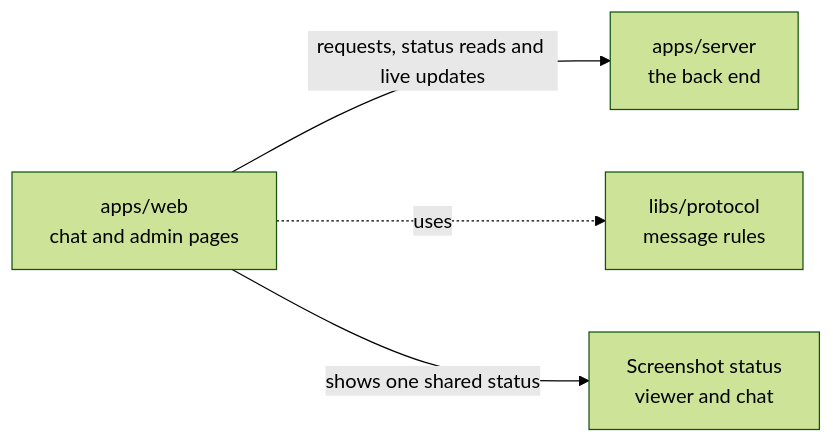
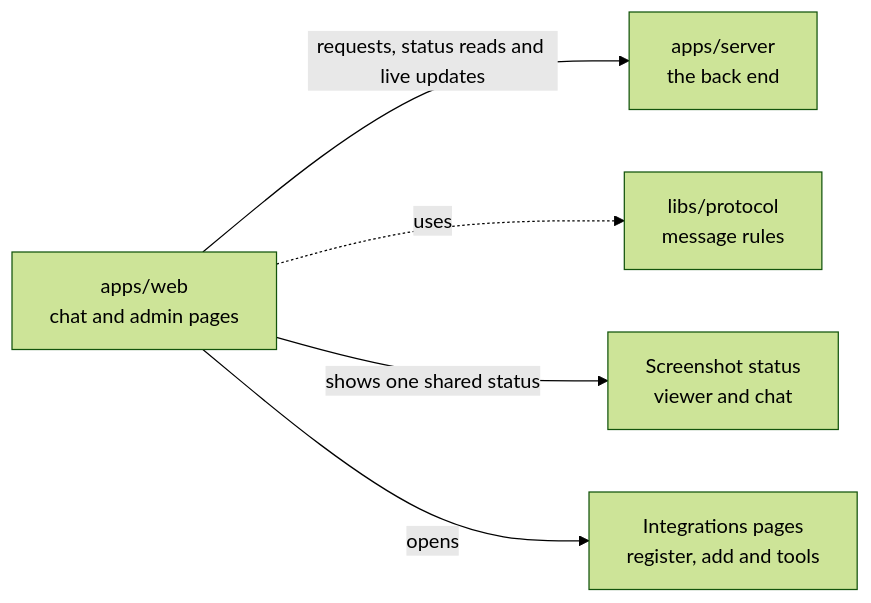
Before and after one commit to elewa-git/opencrane-new: the diagram in apps/web/README.md, drawn with Mermaid (forest theme). The commit also changed other lines of this file and 81 other files, not shown here.

````diff
--- a/apps/web/README.md
+++ b/apps/web/README.md
@@ -11,6 +11,7 @@
 ```mermaid
 flowchart LR
   web["apps/web<br/>chat and admin pages"] -->|requests, status reads and live updates| server["apps/server<br/>the back end"]
   web -.->|uses| protocol["libs/protocol<br/>message rules"]
   web -->|shows one shared status| capture["Screenshot status<br/>viewer and chat"]
+  web -->|opens| integrations["Integrations pages<br/>register, add and tools"]
 ```
````
